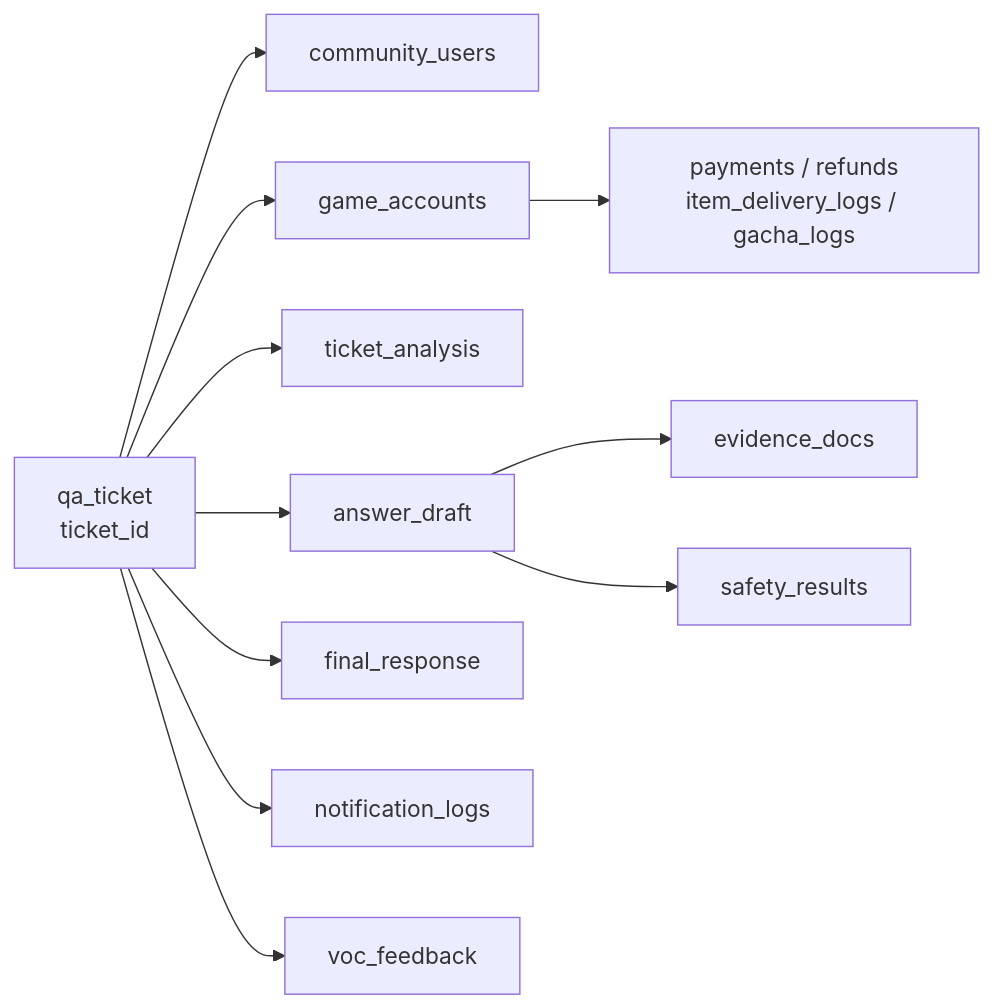
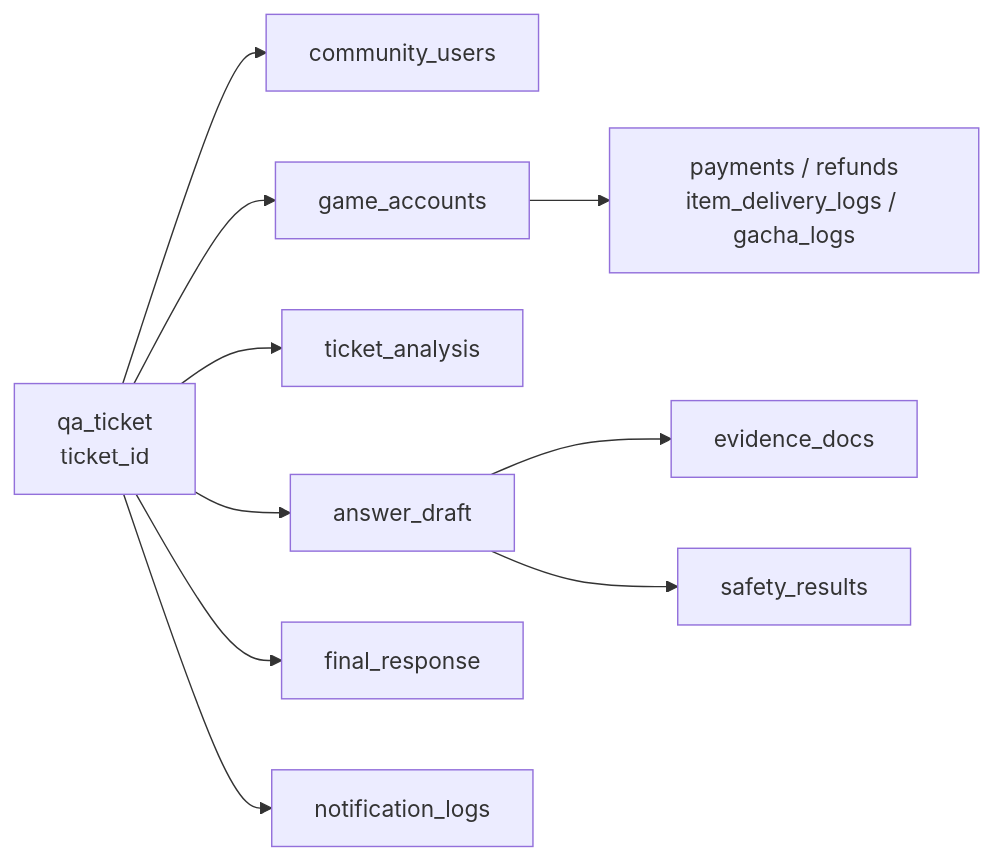
Before and after one commit to SKNETWORKS-FAMILY-AICAMP/SKN25-FINAL-6Team: the third of 4 diagrams in docs/dashboard/architecture.md, drawn with Mermaid. The commit also changed other lines of this file and 22 other files, not shown here.

````diff
--- a/docs/dashboard/architecture.md
+++ b/docs/dashboard/architecture.md
@@ -149,25 +149,23 @@
 ```mermaid
 flowchart LR
     T["qa_ticket<br/>ticket_id"]
     U["community_users"]
     A["game_accounts"]
     AN["ticket_analysis"]
     D["answer_draft"]
     E["evidence_docs"]
     S["safety_results"]
     F["final_response"]
     N["notification_logs"]
-    V["voc_feedback"]
     OP["payments / refunds<br/>item_delivery_logs / gacha_logs"]
 
     T --> U
     T --> A
     T --> AN
     T --> D
     D --> E
     D --> S
     T --> F
     T --> N
-    T --> V
     A --> OP
 ```
````
